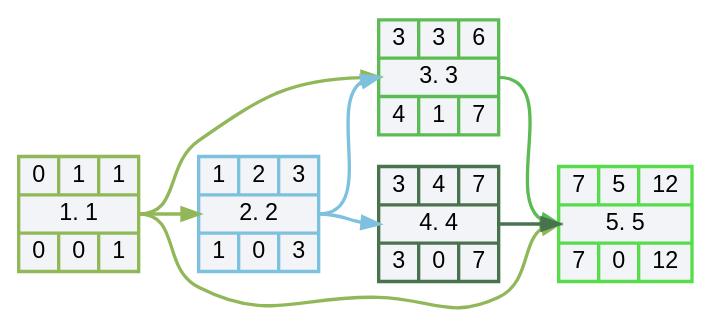
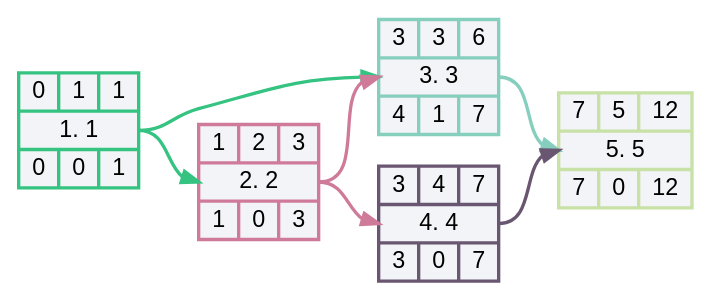
The diagram in files/NetworkGraph.gv (DVin-programmer/networkGraphics), drawn with Graphviz before and after one commit. The commit also changed 11 other files, not shown here.

```diff
--- a/files/NetworkGraph.gv
+++ b/files/NetworkGraph.gv
@@ -1,22 +1,21 @@
         digraph NetworkGraph
         {
            //graph [charset = "utf8"]
            rankdir = LR
            layout = dot
            splines = spline
            node [style = "filled, bold", fillcolor = "#f2f4f7", fontname = "Arial"]
            edge [penwidth = 2]
-           v1 [fontname = "Arial",color = "#91b858", shape = record, label = "{ 0 | 1 | 1 } |  <mI1> 1. 1 | {0 | 0 | 1 }"]
-   v2 [fontname = "Arial",color = "#7ec1df", shape = record, label = "{ 1 | 2 | 3 } |  <mI2> 2. 2 | {1 | 0 | 3 }"]
-   v3 [fontname = "Arial",color = "#5cbb54", shape = record, label = "{ 3 | 3 | 6 } |  <mI3> 3. 3 | {4 | 1 | 7 }"]
-   v4 [fontname = "Arial",color = "#49724f", shape = record, label = "{ 3 | 4 | 7 } |  <mI4> 4. 4 | {3 | 0 | 7 }"]
-   v5 [fontname = "Arial",color = "#57dc4c", shape = record, label = "{ 7 | 5 | 12 } |  <mI5> 5. 5 | {7 | 0 | 12 }"]
-   v1:<mI1> -> v2:<mI2> [color = "#91b858"]
-   v1:<mI1> -> v3:<mI3> [color = "#91b858"]
-   v2:<mI2> -> v3:<mI3> [color = "#7ec1df"]
-   v2:<mI2> -> v4:<mI4> [color = "#7ec1df"]
-   v1:<mI1> -> v5:<mI5> [color = "#91b858"]
-   v3:<mI3> -> v5:<mI5> [color = "#5cbb54"]
-   v4:<mI4> -> v5:<mI5> [color = "#49724f"]
+           v1 [fontname = "Arial",color = "#34c381", shape = record, label = "{ 0 | 1 | 1 } |  <mI1> 1. 1 | {0 | 0 | 1 }"]
+   v2 [fontname = "Arial",color = "#d07a9a", shape = record, label = "{ 1 | 2 | 3 } |  <mI2> 2. 2 | {1 | 0 | 3 }"]
+   v3 [fontname = "Arial",color = "#86cebe", shape = record, label = "{ 3 | 3 | 6 } |  <mI3> 3. 3 | {4 | 1 | 7 }"]
+   v4 [fontname = "Arial",color = "#695671", shape = record, label = "{ 3 | 4 | 7 } |  <mI4> 4. 4 | {3 | 0 | 7 }"]
+   v5 [fontname = "Arial",color = "#c8e1a6", shape = record, label = "{ 7 | 5 | 12 } |  <mI5> 5. 5 | {7 | 0 | 12 }"]
+   v1:<mI1> -> v2:<mI2> [color = "#34c381"]
+   v2:<mI2> -> v3:<mI3> [color = "#d07a9a"]
+   v1:<mI1> -> v3:<mI3> [color = "#34c381"]
+   v2:<mI2> -> v4:<mI4> [color = "#d07a9a"]
+   v3:<mI3> -> v5:<mI5> [color = "#86cebe"]
+   v4:<mI4> -> v5:<mI5> [color = "#695671"]
 
 }
```
